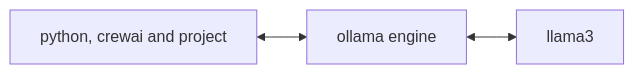
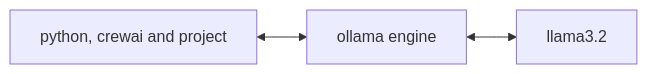
Before and after one commit to canislatranscoxus/ai: the diagram in buddy_ai/README.md, drawn with Mermaid. The commit also changed other lines of this file and 8 other files, not shown here.

````diff
--- a/buddy_ai/README.md
+++ b/buddy_ai/README.md
@@ -23,7 +27,7 @@
 ```mermaid
 graph LR
 
     crew_ai_slim[python, crewai and project] <--> ollama[ollama engine ]
-    ollama <--> llama3[ llama3 ]
+    ollama <--> llama3[ llama3.2 ]
     
 ```
````
